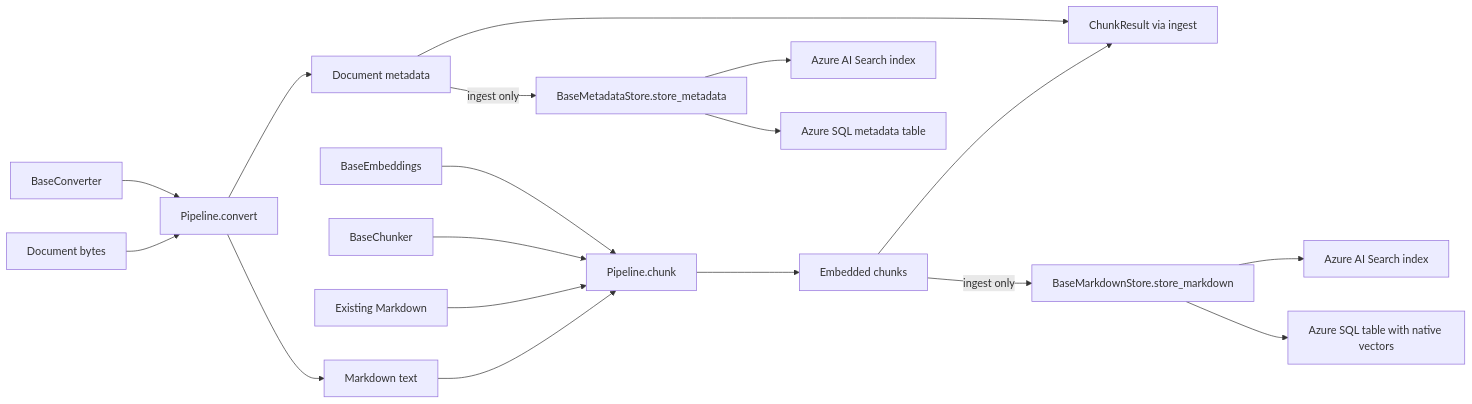
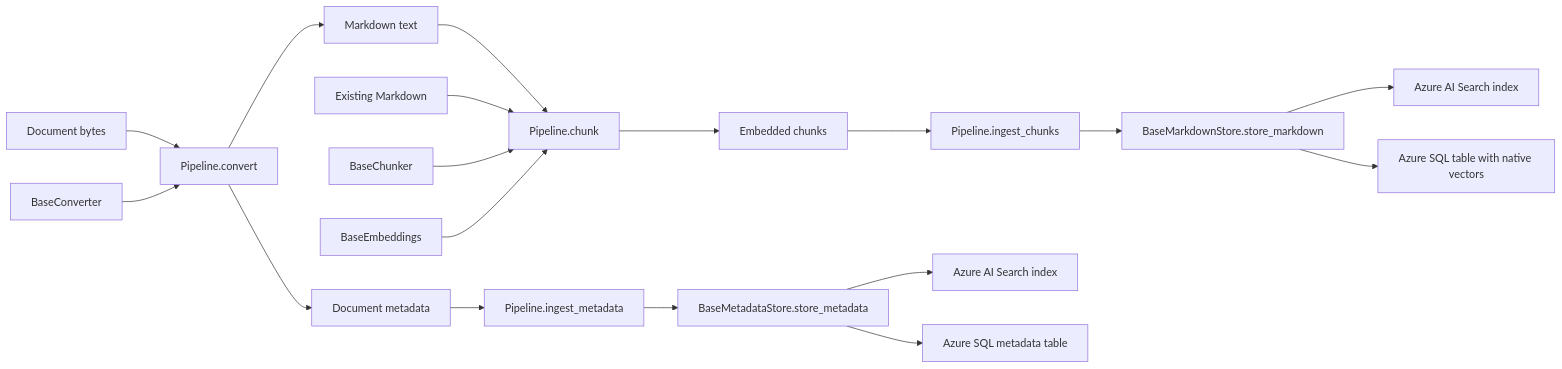
Before and after one commit to krprashantpk/ingestra: the diagram in architecture.md, drawn with Mermaid. The commit also changed other lines of this file and 4 other files, not shown here.

````diff
--- a/architecture.md
+++ b/architecture.md
@@ -12,20 +12,20 @@
 ```mermaid
 flowchart LR
     Source[Document bytes] --> Convert[Pipeline.convert]
     Converter[BaseConverter] --> Convert
     Convert --> Markdown[Markdown text]
     Convert --> Metadata[Document metadata]
     Markdown --> Pipeline[Pipeline.chunk]
     Existing[Existing Markdown] --> Pipeline
     Chunker[BaseChunker] --> Pipeline
     Embeddings[BaseEmbeddings] --> Pipeline
     Pipeline --> Chunks[Embedded chunks]
-    Chunks --> Result[ChunkResult via ingest]
-    Metadata --> Result
-    Chunks -->|ingest only| MarkdownStore[BaseMarkdownStore.store_markdown]
-    Metadata -->|ingest only| MetadataStore[BaseMetadataStore.store_metadata]
+    Chunks --> IngestChunks[Pipeline.ingest_chunks]
+    Metadata --> IngestMetadata[Pipeline.ingest_metadata]
+    IngestChunks --> MarkdownStore[BaseMarkdownStore.store_markdown]
+    IngestMetadata --> MetadataStore[BaseMetadataStore.store_metadata]
     MarkdownStore --> ChunkSearch[Azure AI Search index]
     MarkdownStore --> ChunkSQL[Azure SQL table with native vectors]
     MetadataStore --> MetadataSearch[Azure AI Search index]
     MetadataStore --> MetadataSQL[Azure SQL metadata table]
 ```
````
